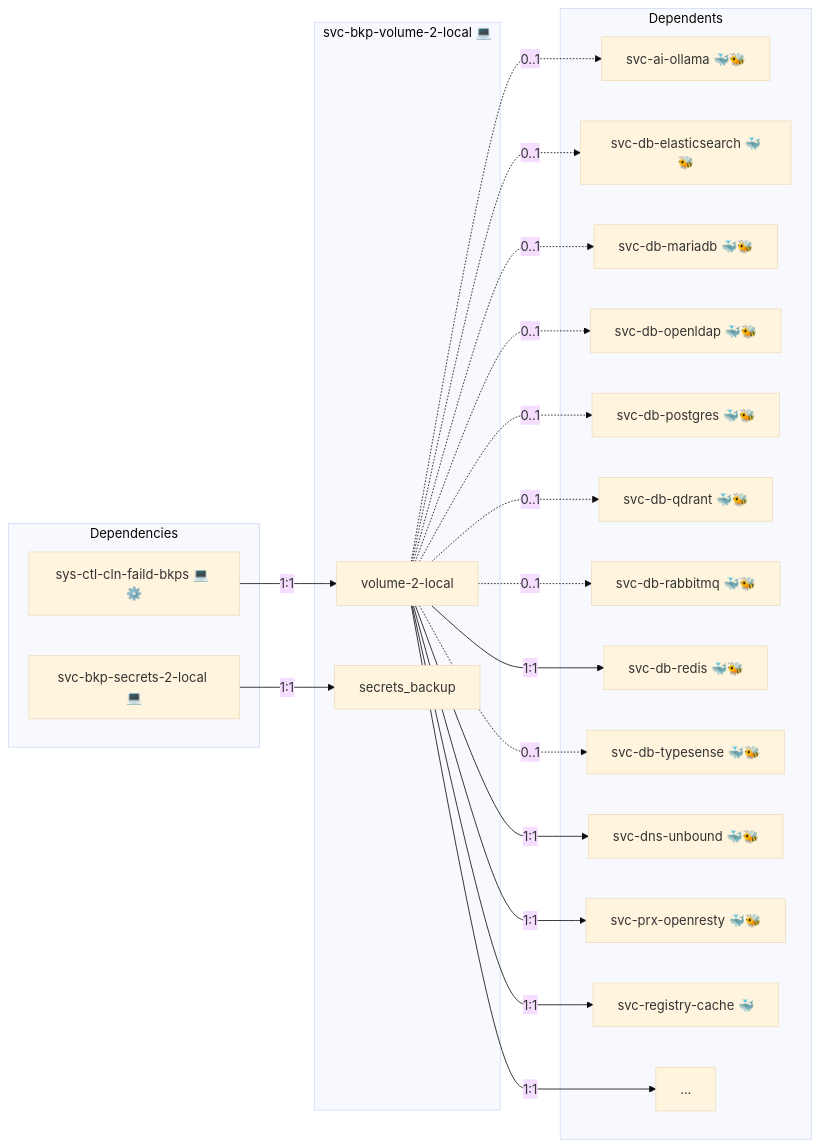
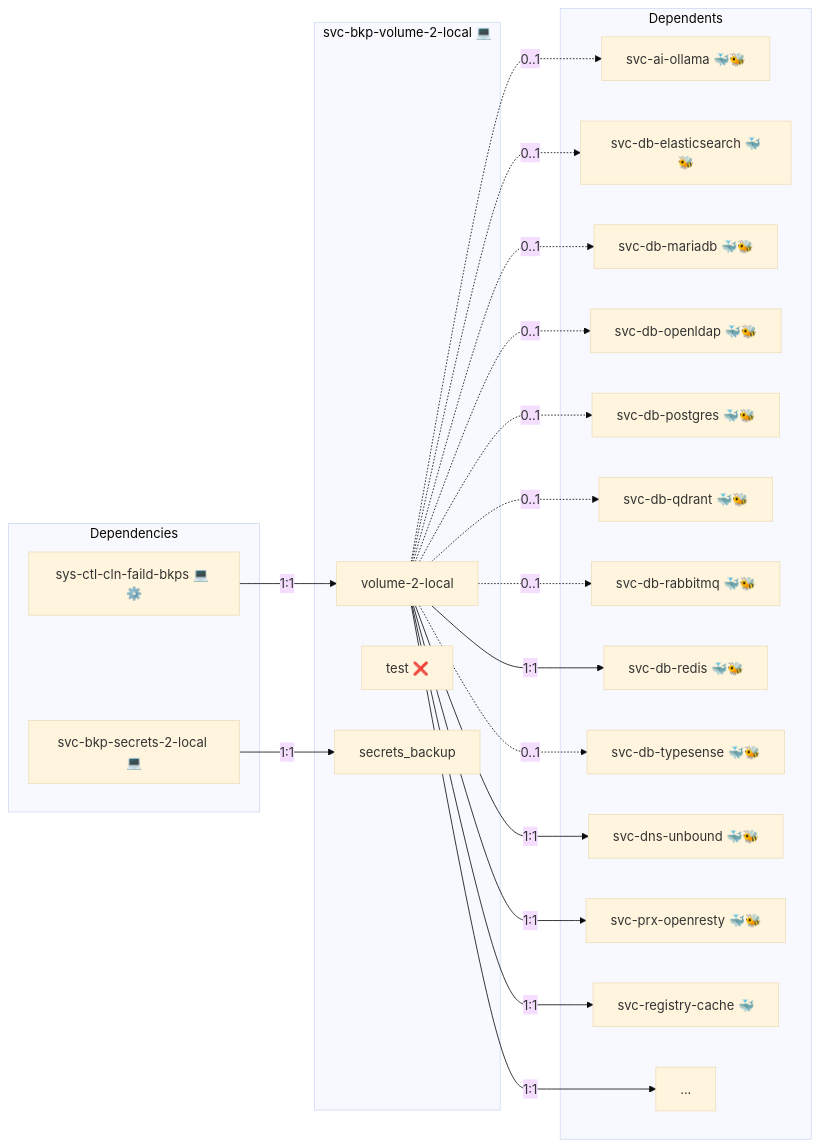
One commit to AlejandroRomanIbanez/infinito-nexus changed the first of 4 diagrams in roles/svc-bkp-volume-2-local/README.md. Above: the diagram before and after it, drawn with Mermaid (base theme). The commit also changed 11 other files, not shown here.

````diff
--- a/roles/svc-bkp-volume-2-local/README.md
+++ b/roles/svc-bkp-volume-2-local/README.md
@@ -17,41 +17,42 @@
 ```mermaid
 flowchart LR
     subgraph deps [Dependencies]
         dep_svc_bkp_secrets_2_local["svc-bkp-secrets-2-local 💻"]
         dep_sys_ctl_cln_faild_bkps["sys-ctl-cln-faild-bkps 💻 ⚙️"]
     end
     subgraph role [svc-bkp-volume-2-local 💻]
         svc_volume_2_local["volume-2-local"]
+        svc_test["test ❌"]
         svc_secrets_backup["secrets_backup"]
     end
     subgraph dependents [Dependents]
         dpt_svc_ai_ollama["svc-ai-ollama 🐳🐝"]
         dpt_svc_db_elasticsearch["svc-db-elasticsearch 🐳🐝"]
         dpt_svc_db_mariadb["svc-db-mariadb 🐳🐝"]
         dpt_svc_db_openldap["svc-db-openldap 🐳🐝"]
         dpt_svc_db_postgres["svc-db-postgres 🐳🐝"]
         dpt_svc_db_qdrant["svc-db-qdrant 🐳🐝"]
         dpt_svc_db_rabbitmq["svc-db-rabbitmq 🐳🐝"]
         dpt_svc_db_redis["svc-db-redis 🐳🐝"]
         dpt_svc_db_typesense["svc-db-typesense 🐳🐝"]
         dpt_svc_dns_unbound["svc-dns-unbound 🐳🐝"]
         dpt_svc_prx_openresty["svc-prx-openresty 🐳🐝"]
         dpt_svc_registry_cache["svc-registry-cache 🐳"]
         dpt_more["..."]
     end
     dep_svc_bkp_secrets_2_local -- "1:1" --> svc_secrets_backup
     dep_sys_ctl_cln_faild_bkps -- "1:1" --> svc_volume_2_local
     svc_volume_2_local -- "1:1" --> dpt_more
     svc_volume_2_local -. "0..1" .-> dpt_svc_ai_ollama
     svc_volume_2_local -. "0..1" .-> dpt_svc_db_elasticsearch
     svc_volume_2_local -. "0..1" .-> dpt_svc_db_mariadb
     svc_volume_2_local -. "0..1" .-> dpt_svc_db_openldap
     svc_volume_2_local -. "0..1" .-> dpt_svc_db_postgres
     svc_volume_2_local -. "0..1" .-> dpt_svc_db_qdrant
     svc_volume_2_local -. "0..1" .-> dpt_svc_db_rabbitmq
     svc_volume_2_local -- "1:1" --> dpt_svc_db_redis
     svc_volume_2_local -. "0..1" .-> dpt_svc_db_typesense
     svc_volume_2_local -- "1:1" --> dpt_svc_dns_unbound
     svc_volume_2_local -- "1:1" --> dpt_svc_prx_openresty
     svc_volume_2_local -- "1:1" --> dpt_svc_registry_cache
 ```
````
